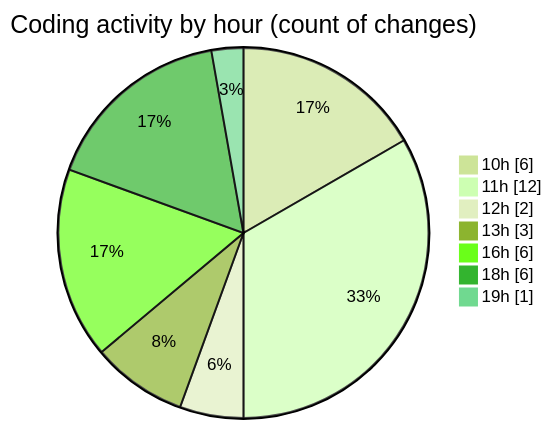
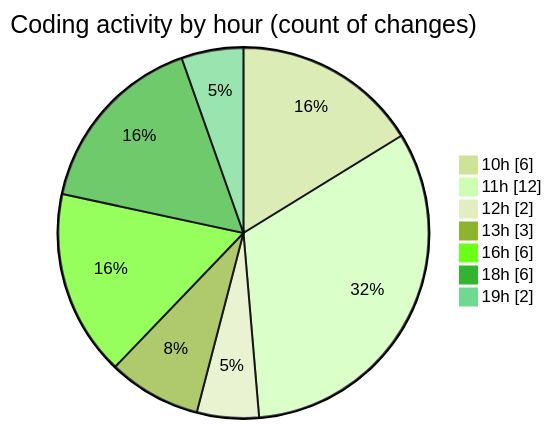
The second of 2 diagrams in 2026-06-25/nxtqube_webapp/README.md (nxtqubesakshisongat/code-tracking), drawn with Mermaid (forest theme) before and after one commit. The commit also changed other lines of this file and 1 other file, not shown here.

````diff
--- a/2026-06-25/nxtqube_webapp/README.md
+++ b/2026-06-25/nxtqube_webapp/README.md
@@ -30,11 +30,11 @@
 ```mermaid
 pie showData
 title Coding activity by hour (count of changes)
 "10h" : 6
 "11h" : 12
 "12h" : 2
 "13h" : 3
 "16h" : 6
 "18h" : 6
-"19h" : 1
+"19h" : 2
 ```
````
